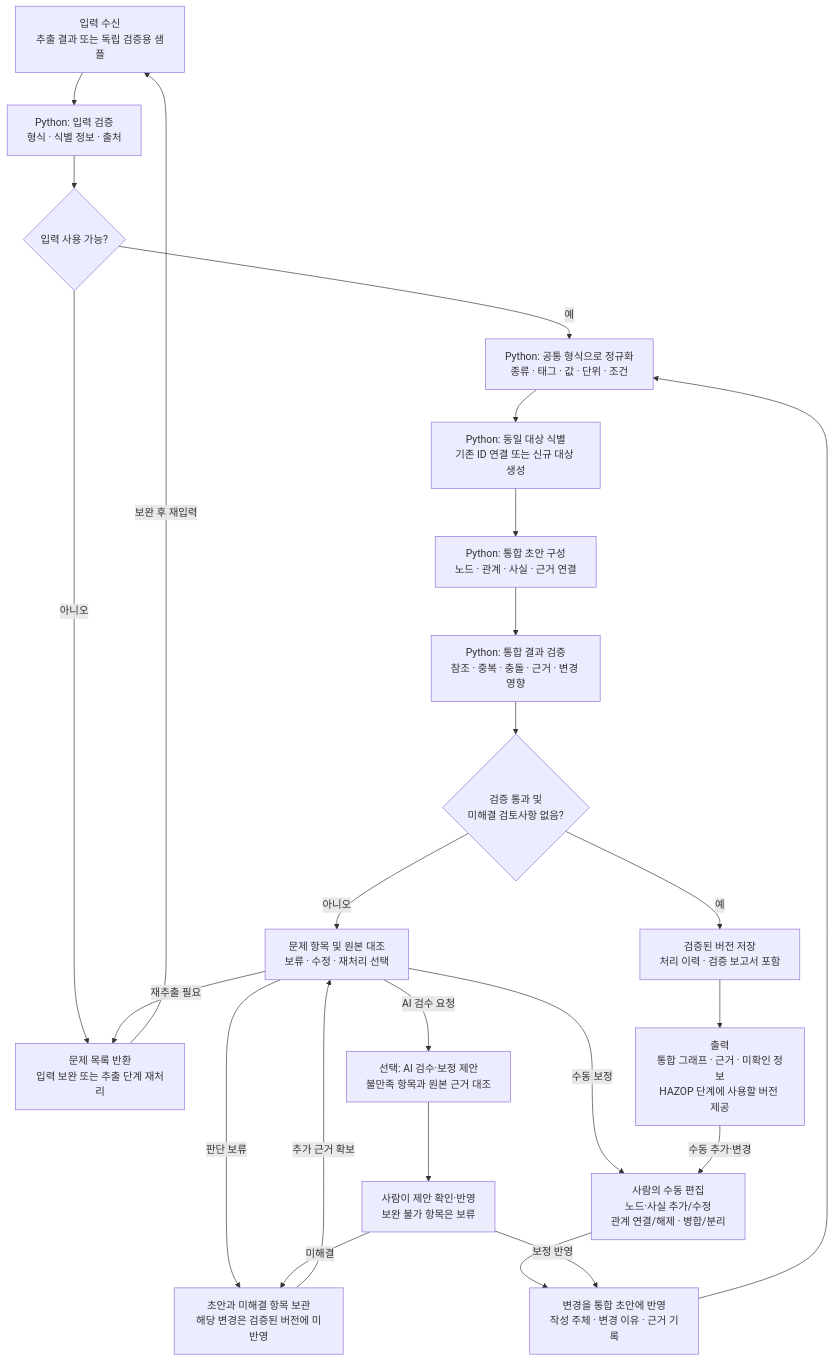
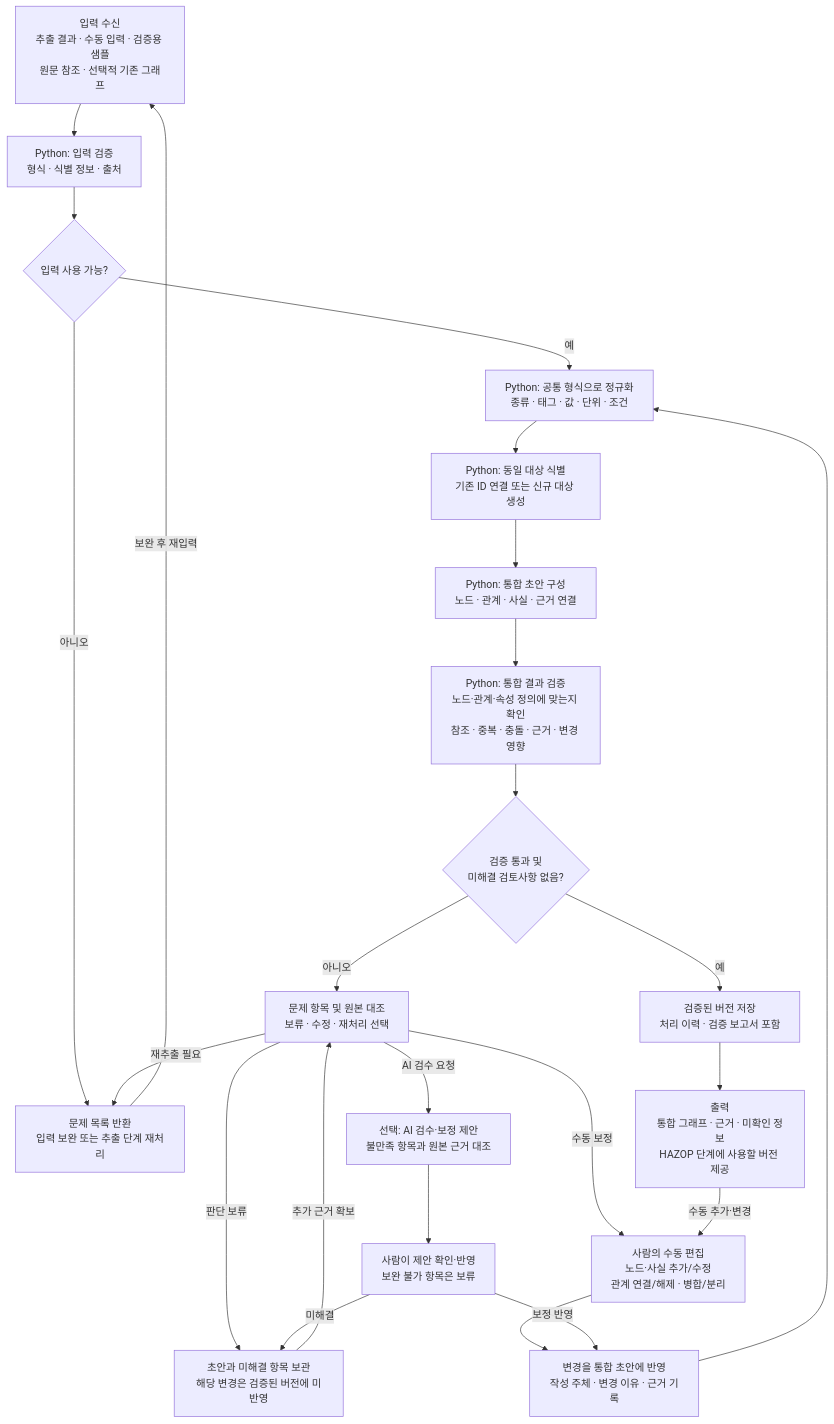
Before and after one commit to ReoDe/HAZOP: the diagram in flow chart/03-integration.md, drawn with Mermaid. The commit also changed other lines of this file and 5 other files, not shown here.

Commit message:
Clarify source inputs and plan graph attribute definitions

````diff
--- a/flow chart/03-integration.md
+++ b/flow chart/03-integration.md
@@ -7,36 +16,36 @@
 ```mermaid
 flowchart TB
-    A["입력 수신<br/>추출 결과 또는 독립 검증용 샘플"]
+    A["입력 수신<br/>추출 결과 · 수동 입력 · 검증용 샘플<br/>원문 참조 · 선택적 기존 그래프"]
     B["Python: 입력 검증<br/>형식 · 식별 정보 · 출처"]
     C{"입력 사용 가능?"}
     X["문제 목록 반환<br/>입력 보완 또는 추출 단계 재처리"]
     D["Python: 공통 형식으로 정규화<br/>종류 · 태그 · 값 · 단위 · 조건"]
     E["Python: 동일 대상 식별<br/>기존 ID 연결 또는 신규 대상 생성"]
     F["Python: 통합 초안 구성<br/>노드 · 관계 · 사실 · 근거 연결"]
-    G["Python: 통합 결과 검증<br/>참조 · 중복 · 충돌 · 근거 · 변경 영향"]
+    G["Python: 통합 결과 검증<br/>노드·관계·속성 정의에 맞는지 확인<br/>참조 · 중복 · 충돌 · 근거 · 변경 영향"]
     H{"검증 통과 및<br/>미해결 검토사항 없음?"}
     I["문제 항목 및 원본 대조<br/>보류 · 수정 · 재처리 선택"]
     M["사람의 수동 편집<br/>노드·사실 추가/수정<br/>관계 연결/해제 · 병합/분리"]
     N["선택: AI 검수·보정 제안<br/>불만족 항목과 원본 근거 대조"]
     O["사람이 제안 확인·반영<br/>보완 불가 항목은 보류"]
     P["변경을 통합 초안에 반영<br/>작성 주체 · 변경 이유 · 근거 기록"]
     Q["검증된 버전 저장<br/>처리 이력 · 검증 보고서 포함"]
     R["출력<br/>통합 그래프 · 근거 · 미확인 정보<br/>HAZOP 단계에 사용할 버전 제공"]
 
     A --> B --> C
     C -- "아니오" --> X
     X -- "보완 후 재입력" --> A
     C -- "예" --> D --> E --> F --> G --> H
     H -- "예" --> Q --> R
     H -- "아니오" --> I
     I -- "수동 보정" --> M
     I -- "AI 검수 요청" --> N --> O
     I -- "재추출 필요" --> X
     I -- "판단 보류" --> S["초안과 미해결 항목 보관<br/>해당 변경은 검증된 버전에 미반영"]
     M --> P
     O -- "보정 반영" --> P
     O -- "미해결" --> S
     P --> D
     R -- "수동 추가·변경" --> M
     S -- "추가 근거 확보" --> I
 ```
````
